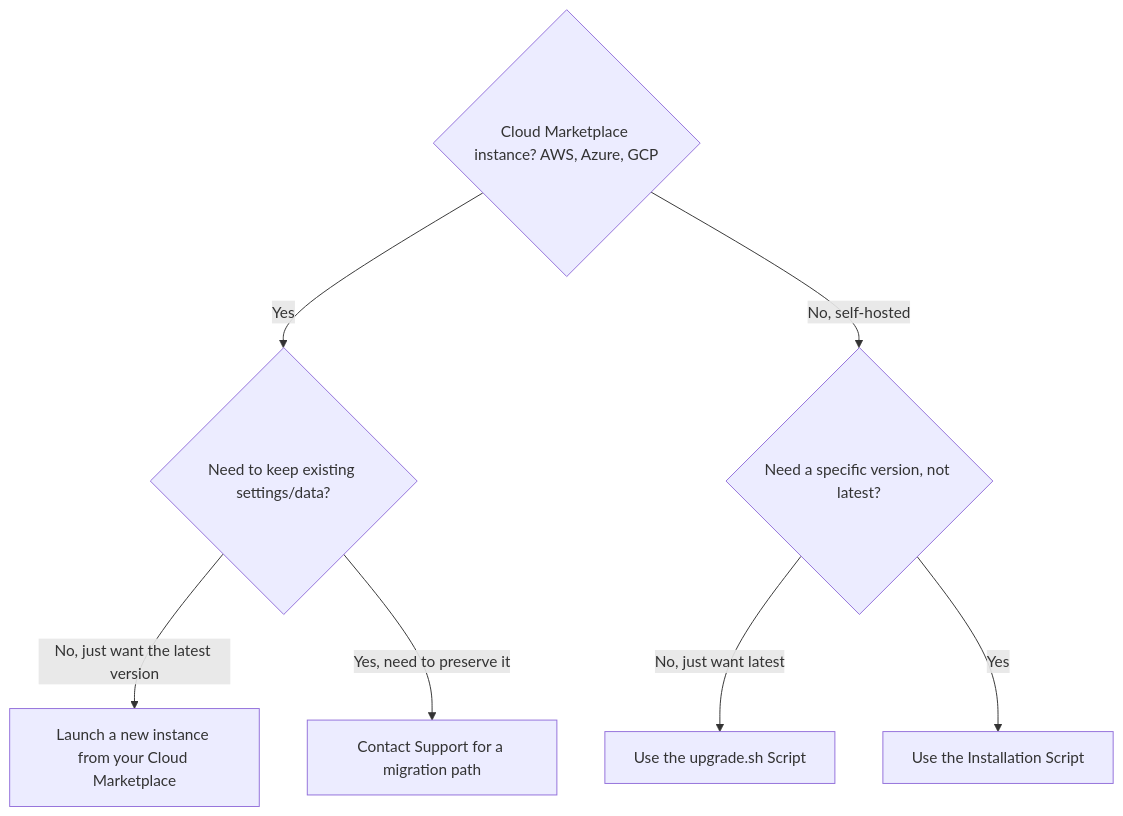
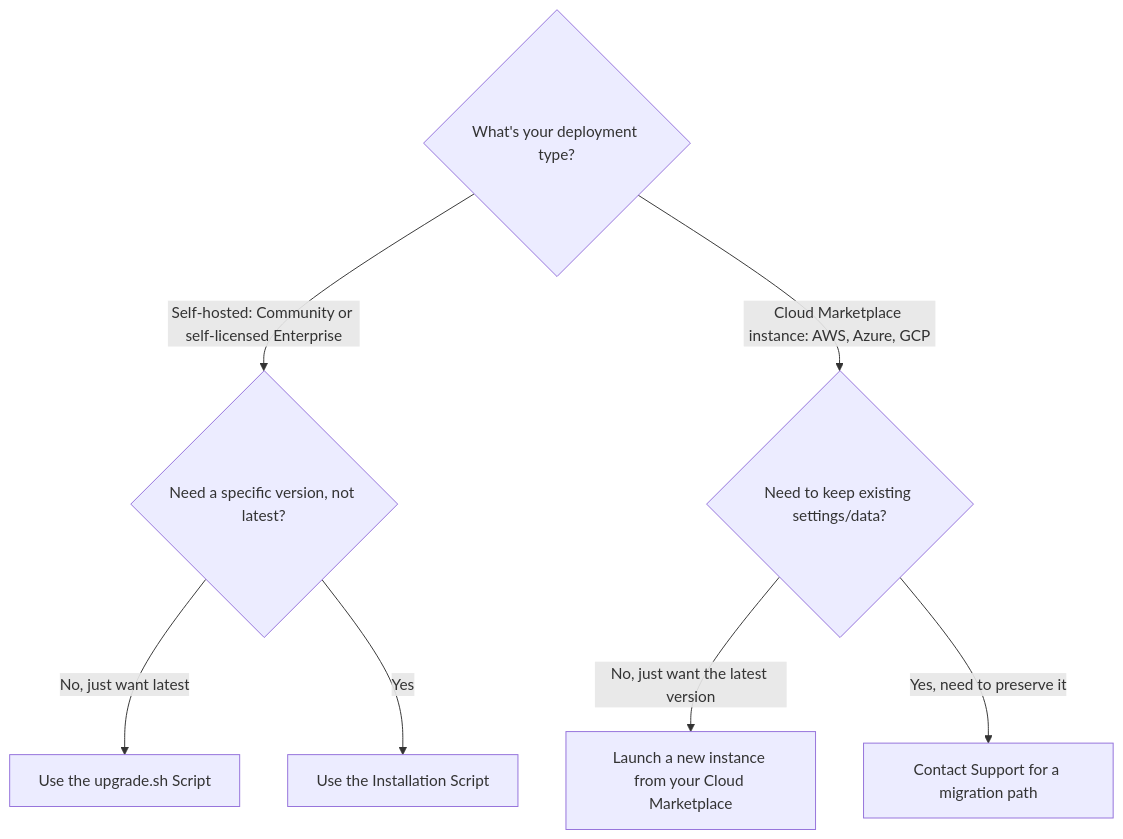
Before and after one commit to ant-media/ant-media-documentation: the diagram in docs/guides/installing-on-linux/upgrading-ant-media-server.md, drawn with Mermaid. The commit also changed other lines of this file, not shown here.

Commit message:
upgrading-ant-media-server.md: self-hosted-first ordering, deployment-type-first diagram root, fix repeated releases-page link

````diff
--- a/docs/guides/installing-on-linux/upgrading-ant-media-server.md
+++ b/docs/guides/installing-on-linux/upgrading-ant-media-server.md
@@ -16,10 +20,10 @@
 ```mermaid
 flowchart TD
-    A{Cloud Marketplace instance? AWS, Azure, GCP}
-    A -->|Yes| B{Need to keep existing settings/data?}
+    A{What's your deployment type?}
+    A -->|Self-hosted: Community or self-licensed Enterprise| E{Need a specific version, not latest?}
+    E -->|No, just want latest| F["Use the upgrade.sh Script"]
+    E -->|Yes| G["Use the Installation Script"]
+    A -->|Cloud Marketplace instance: AWS, Azure, GCP| B{Need to keep existing settings/data?}
     B -->|No, just want the latest version| C["Launch a new instance from your Cloud Marketplace"]
     B -->|Yes, need to preserve it| D["Contact Support for a migration path"]
-    A -->|No, self-hosted| E{Need a specific version, not latest?}
-    E -->|No, just want latest| F["Use the upgrade.sh Script"]
-    E -->|Yes| G["Use the Installation Script"]
 ```
````
